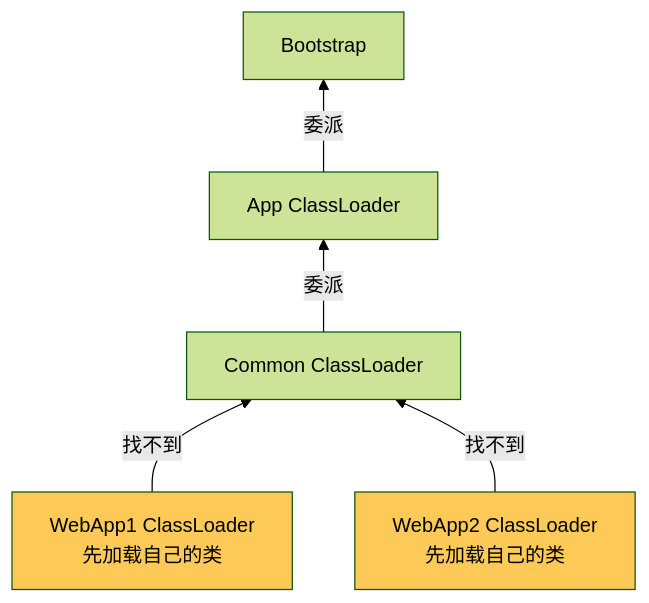
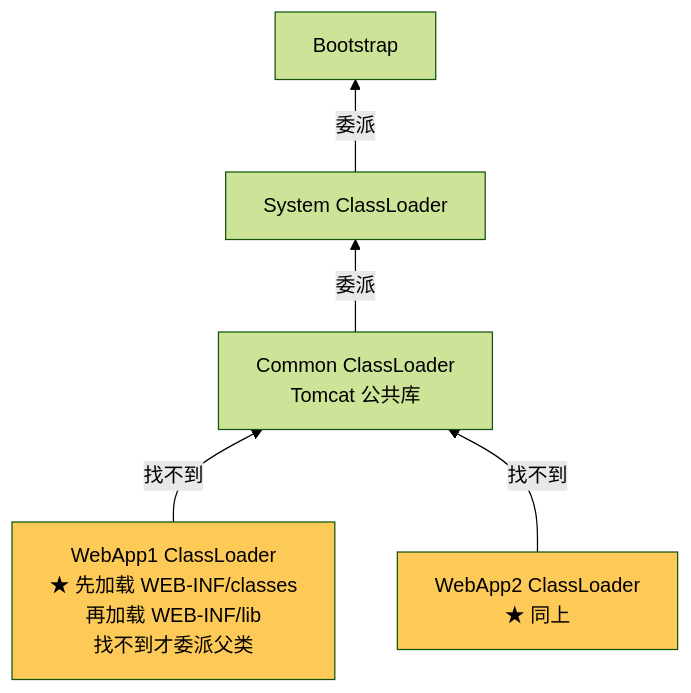
One commit to qigao0787-ops/gq-test changed diagram 18 of 34 in document/strengthen/性能调优面试总结_增强版.md. Above: the diagram before and after it, drawn with Mermaid (forest theme). The commit also changed other lines of this file, not shown here.

````diff
--- a/document/strengthen/性能调优面试总结_增强版.md
+++ b/document/strengthen/性能调优面试总结_增强版.md
@@ -435,10 +1092,10 @@
 ```mermaid
 flowchart BT
-    WCL1["WebApp1 ClassLoader<br/>先加载自己的类"] -->|找不到| CCL["Common ClassLoader"]
-    WCL2["WebApp2 ClassLoader<br/>先加载自己的类"] -->|找不到| CCL
-    CCL -->|委派| APP["App ClassLoader"]
-    APP -->|委派| BOOT["Bootstrap"]
+    WCL1["WebApp1 ClassLoader<br/>★ 先加载 WEB-INF/classes<br/>再加载 WEB-INF/lib<br/>找不到才委派父类"] -->|找不到| CCL["Common ClassLoader<br/>Tomcat 公共库"]
+    WCL2["WebApp2 ClassLoader<br/>★ 同上"] -->|找不到| CCL
+    CCL -->|委派| SYS["System ClassLoader"]
+    SYS -->|委派| BOOT["Bootstrap"]
 
     style WCL1 fill:#feca57
     style WCL2 fill:#feca57
 ```
````
